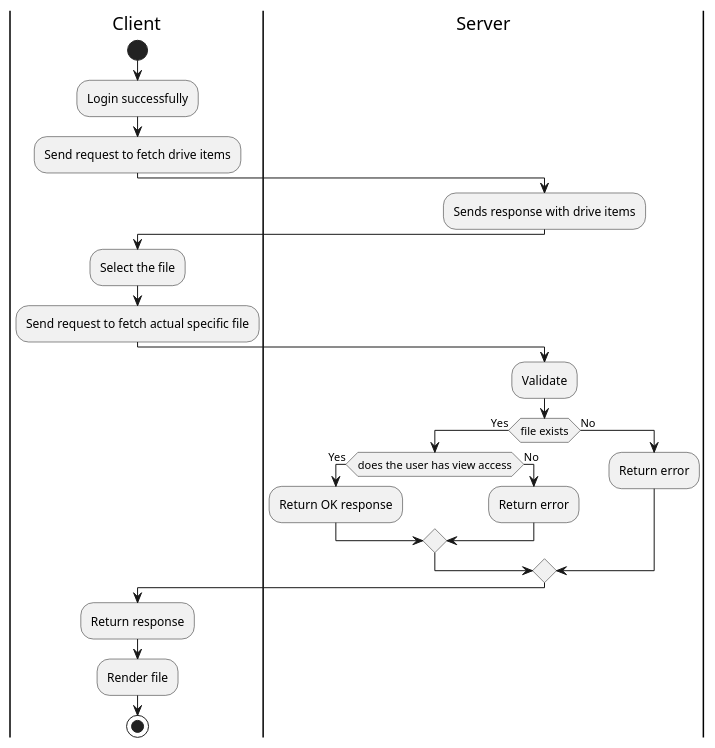
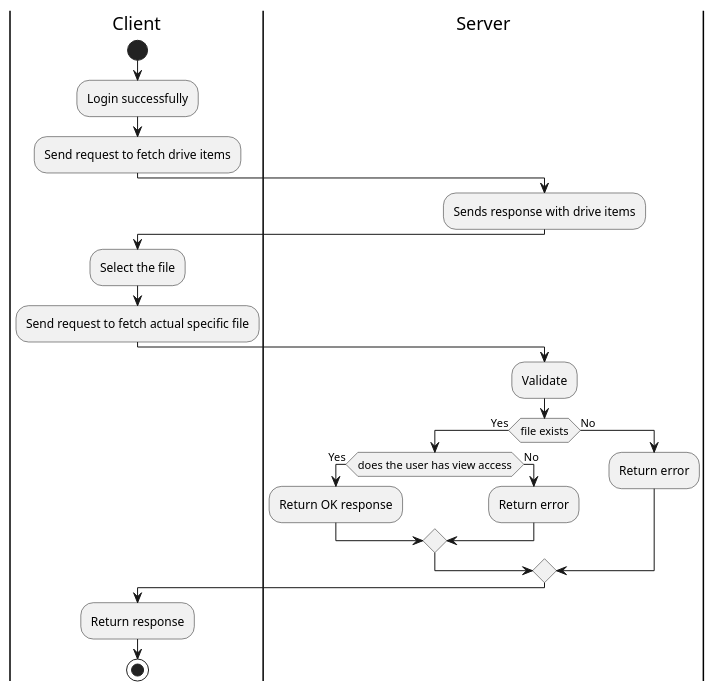
One commit to hakanyildizhan/pwr-22-spring-css-ii-st-gpp changed the diagram in docs/activity-diagrams/view-file.puml. Above: the diagram before and after it, drawn with PlantUML.

```diff
--- a/docs/activity-diagrams/view-file.puml
+++ b/docs/activity-diagrams/view-file.puml
@@ -1,31 +1,30 @@
 @startuml
 |Client|
 start
 |Client|
 :Login successfully;
 :Send request to fetch drive items;
 |Server|
 :Sends response with drive items;
 |Client|
 :Select the file;
 :Send request to fetch actual specific file;
 |Server|
 :Validate;
 if (file exists) then
  ->Yes;
  if (does the user has view access) then
   ->Yes;
   :Return OK response;
  else
   ->No;
   :Return error;
  endif
 else
  -> No;
  :Return error;
 endif
 |Client|
 :Return response;
-:Render file;
 stop
 @enduml
```
